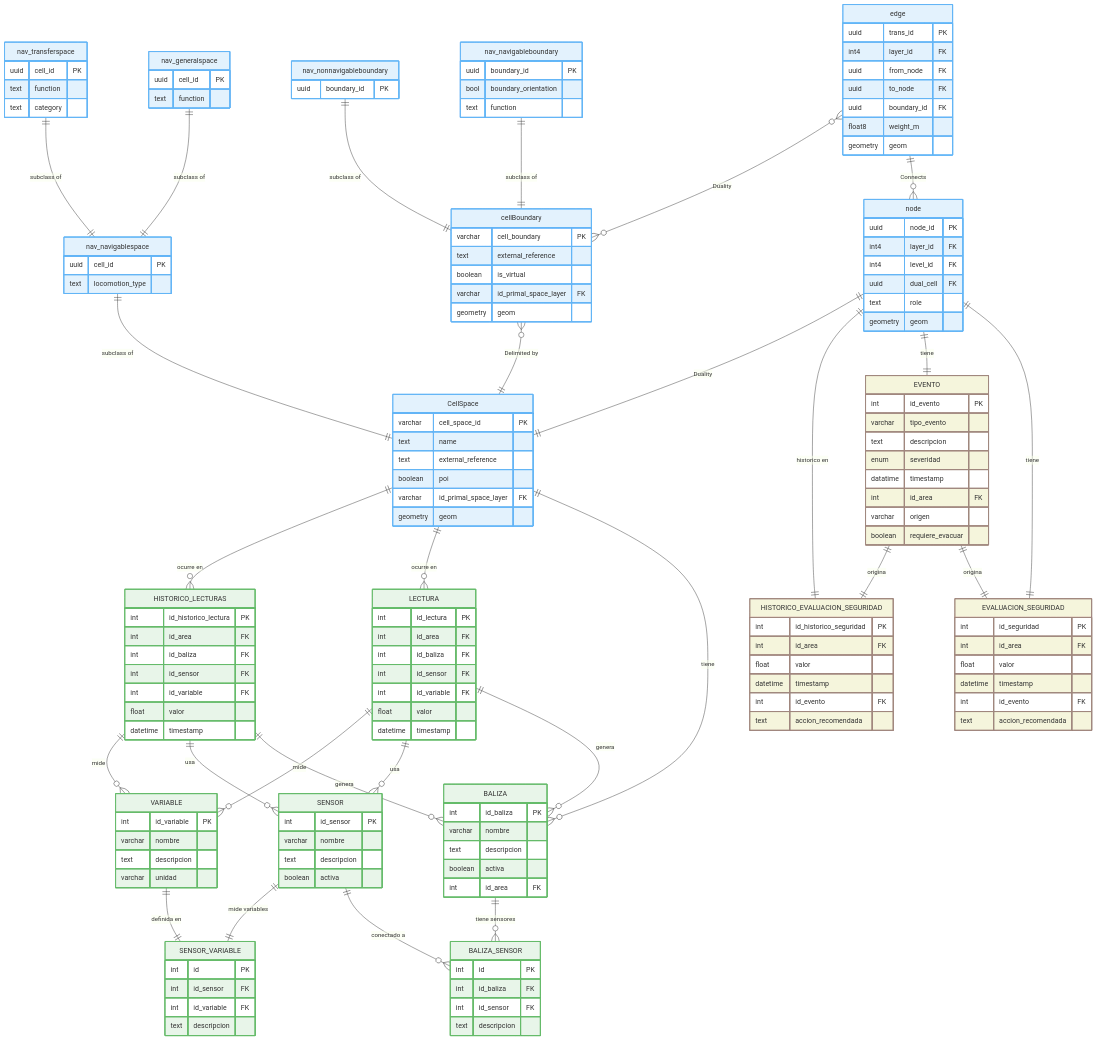
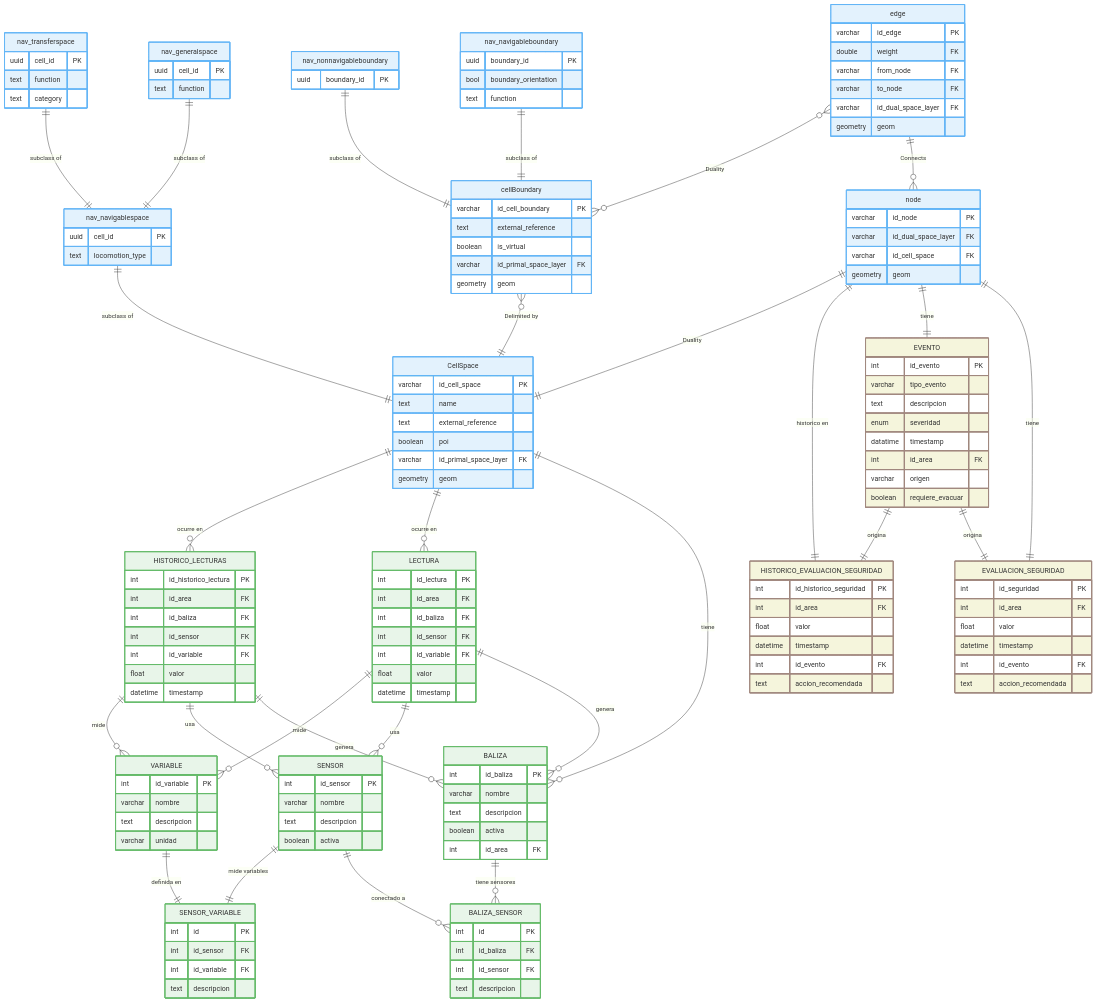
The diagram in Modelado_BBDD/codigo_mermaid/evac_db(FINAL).mmd (JorgeHuarachi/TFG-repo), drawn with Mermaid before and after one commit. The commit also changed 2 other files, not shown here.

Commit message:
FUNCIONA LA MITAD DEL CORE, lotes de space va bien

```diff
--- a/Modelado_BBDD/codigo_mermaid/evac_db(FINAL).mmd
+++ b/Modelado_BBDD/codigo_mermaid/evac_db(FINAL).mmd
@@ -13,28 +13,35 @@
   edge                      ||--o{ node : "Connects"
 
   CellSpace {
-    varchar cell_space_id PK
-    text name
-    text external_reference 
-    boolean poi
-    varchar id_primal_space_layer FK
-    geometry geom
+    varchar   id_cell_space PK
+    text      name
+    text      external_reference 
+    boolean   poi
+    varchar   id_primal_space_layer FK
+    geometry  geom
   }
   cellBoundary {
-    varchar cell_boundary PK
-    text external_reference 
-    boolean is_virtual
-    varchar id_primal_space_layer FK
-    geometry geom
+    varchar   id_cell_boundary PK
+    text      external_reference 
+    boolean   is_virtual
+    varchar   id_primal_space_layer FK
+    geometry  geom
   }
   node {
-    uuid node_id PK
-    int4 layer_id FK
-    int4 level_id FK
-    uuid dual_cell FK
-    text role
-    geometry geom
+    varchar   id_node PK
+    varchar   id_dual_space_layer FK
+    varchar   id_cell_space FK
+    geometry  geom
   }
+  edge {
+    varchar   id_edge PK
+    double    weight FK
+    varchar   from_node FK
+    varchar   to_node FK
+    varchar   id_dual_space_layer FK
+    geometry  geom
+  }
+
 
   nav_generalspace {
     uuid cell_id PK
@@ -56,16 +63,6 @@
     uuid cell_id PK
     text function
     text category
-  }
-
-  edge {
-    uuid trans_id PK
-    int4 layer_id FK
-    uuid from_node FK
-    uuid to_node FK
-    uuid boundary_id FK
-    float8 weight_m
-    geometry geom
   }
 
 
```
